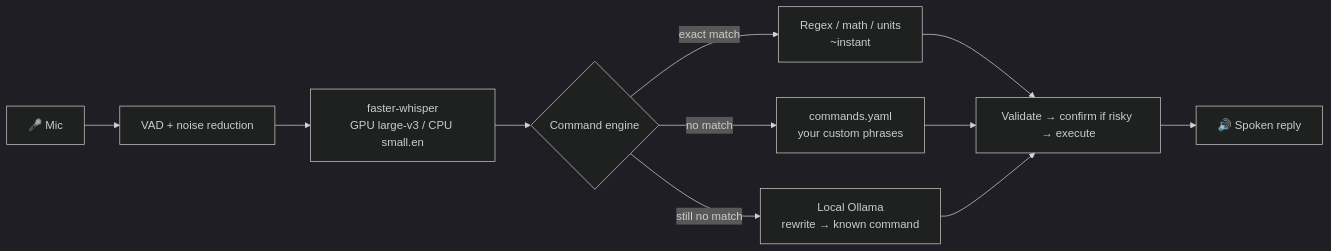
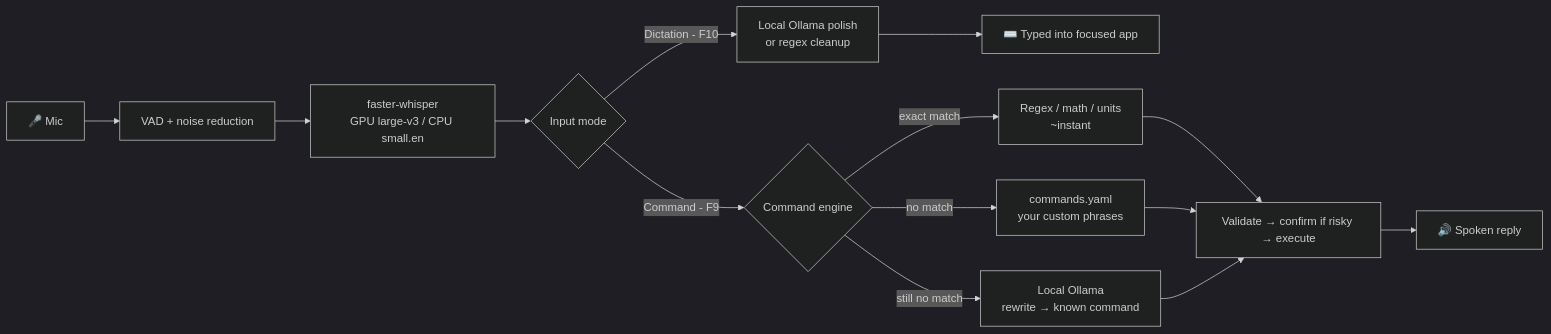
One commit to SheeshDarth/NirmiqEcho changed the diagram in README.md. Above: the diagram before and after it, drawn with Mermaid (dark theme). The commit also changed other lines of this file and 1 other file, not shown here.

First line of the commit message:
docs: polish README + CHANGELOG for the Jarvis x Wispr Flow release

````diff
--- a/README.md
+++ b/README.md
@@ -69,13 +84,16 @@
 ```mermaid
 flowchart LR
     M[🎤 Mic] --> V[VAD + noise reduction]
     V --> W[faster-whisper<br/>GPU large-v3 / CPU small.en]
-    W --> P{Command engine}
+    W --> D{Input mode}
+    D -->|Dictation - F10| K[Local Ollama polish<br/>or regex cleanup]
+    K --> TY[⌨️ Typed into focused app]
+    D -->|Command - F9| P{Command engine}
     P -->|exact match| R[Regex / math / units<br/>~instant]
     P -->|no match| C[commands.yaml<br/>your custom phrases]
     P -->|still no match| L[Local Ollama<br/>rewrite → known command]
     R --> X[Validate → confirm if risky → execute]
     C --> X
     L --> X
     X --> T[🔊 Spoken reply]
 ```
````
